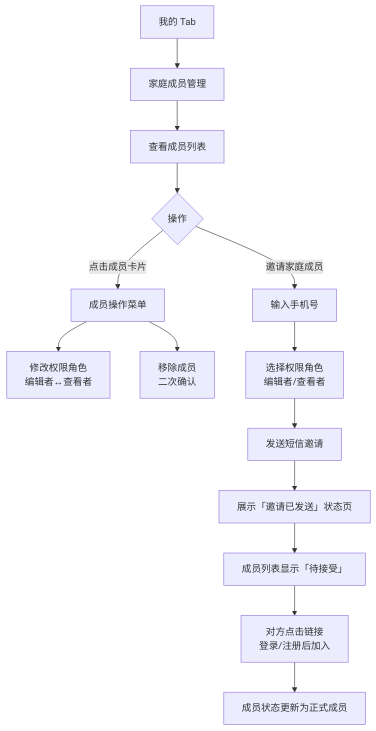
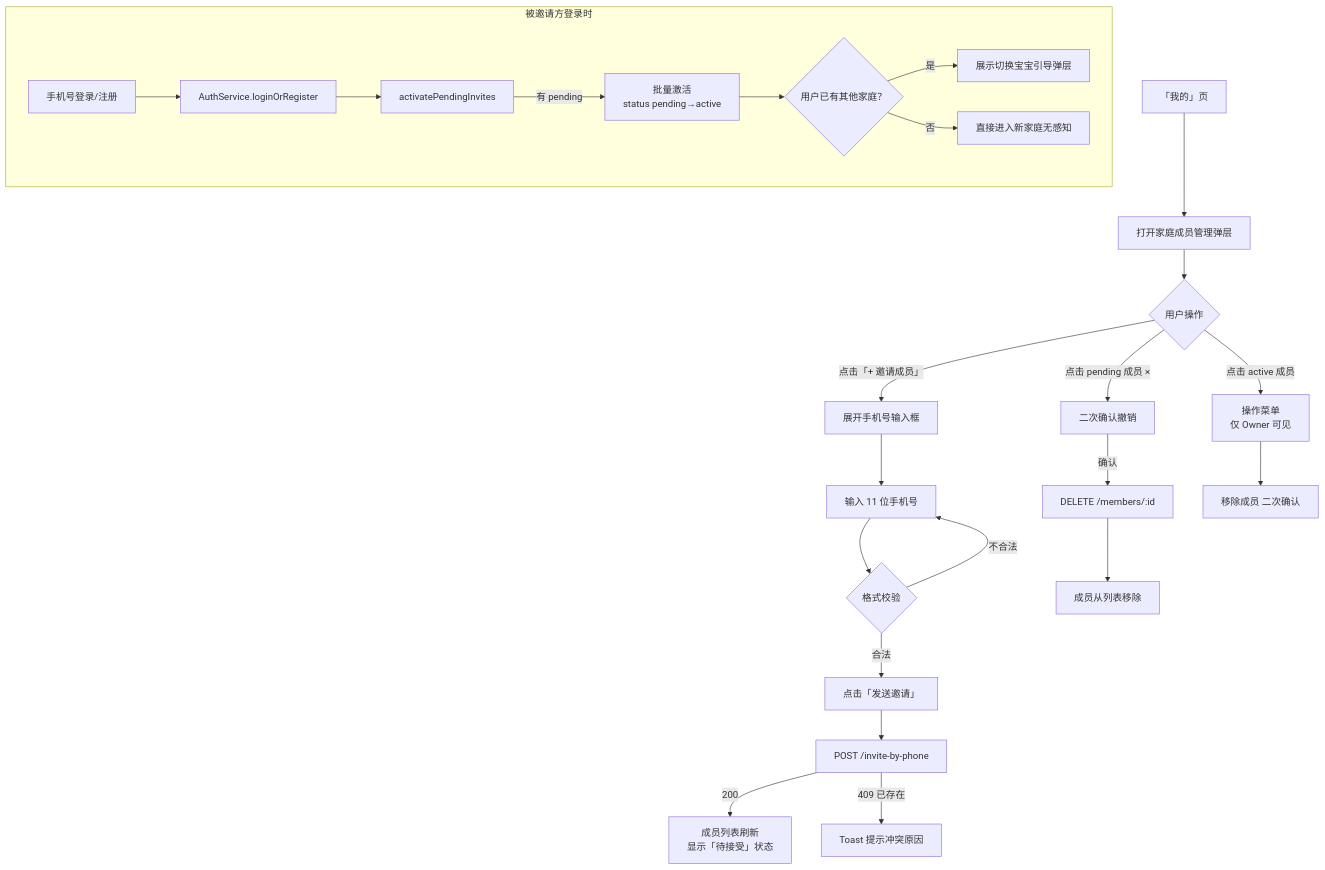
The diagram in docs/features/F12-family.md (BingBlog/minicare), drawn with Mermaid before and after one commit. The commit also changed other lines of this file and 17 other files, not shown here.

````diff
--- a/docs/features/F12-family.md
+++ b/docs/features/F12-family.md
@@ -88,16 +316,30 @@
 ```mermaid
 flowchart TD
-    A[我的 Tab] --> B[家庭成员管理]
-    B --> C[查看成员列表]
-    C --> D{操作}
-    D -- 点击成员卡片 --> E[成员操作菜单]
-    E --> E1[修改权限角色\n编辑者↔查看者]
-    E --> E2[移除成员\n二次确认]
-    D -- 邀请家庭成员 --> F[输入手机号]
-    F --> G[选择权限角色\n编辑者/查看者]
-    G --> H[发送短信邀请]
-    H --> I[展示「邀请已发送」状态页]
-    I --> J[成员列表显示「待接受」]
-    J --> K[对方点击链接\n登录/注册后加入]
-    K --> L[成员状态更新为正式成员]
+    A[「我的」页] --> B[打开家庭成员管理弹层]
+    B --> C{用户操作}
+
+    C -- 点击「+ 邀请成员」 --> D[展开手机号输入框]
+    D --> E[输入 11 位手机号]
+    E --> F{格式校验}
+    F -- 不合法 --> E
+    F -- 合法 --> G[点击「发送邀请」]
+    G --> H[POST /invite-by-phone]
+    H -- 200 --> I[成员列表刷新\n显示「待接受」状态]
+    H -- 409 已存在 --> J[Toast 提示冲突原因]
+
+    C -- 点击 pending 成员 × --> K[二次确认撤销]
+    K -- 确认 --> L[DELETE /members/:id]
+    L --> M[成员从列表移除]
+
+    C -- 点击 active 成员 --> N[操作菜单\n仅 Owner 可见]
+    N --> O[移除成员 二次确认]
+
+    subgraph 被邀请方登录时
+        P[手机号登录/注册] --> Q[AuthService.loginOrRegister]
+        Q --> R[activatePendingInvites]
+        R -- 有 pending --> S[批量激活\nstatus pending→active]
+        S --> T{用户已有其他家庭？}
+        T -- 是 --> U[展示切换宝宝引导弹层]
+        T -- 否 --> V[直接进入新家庭无感知]
+    end
 ```
````
